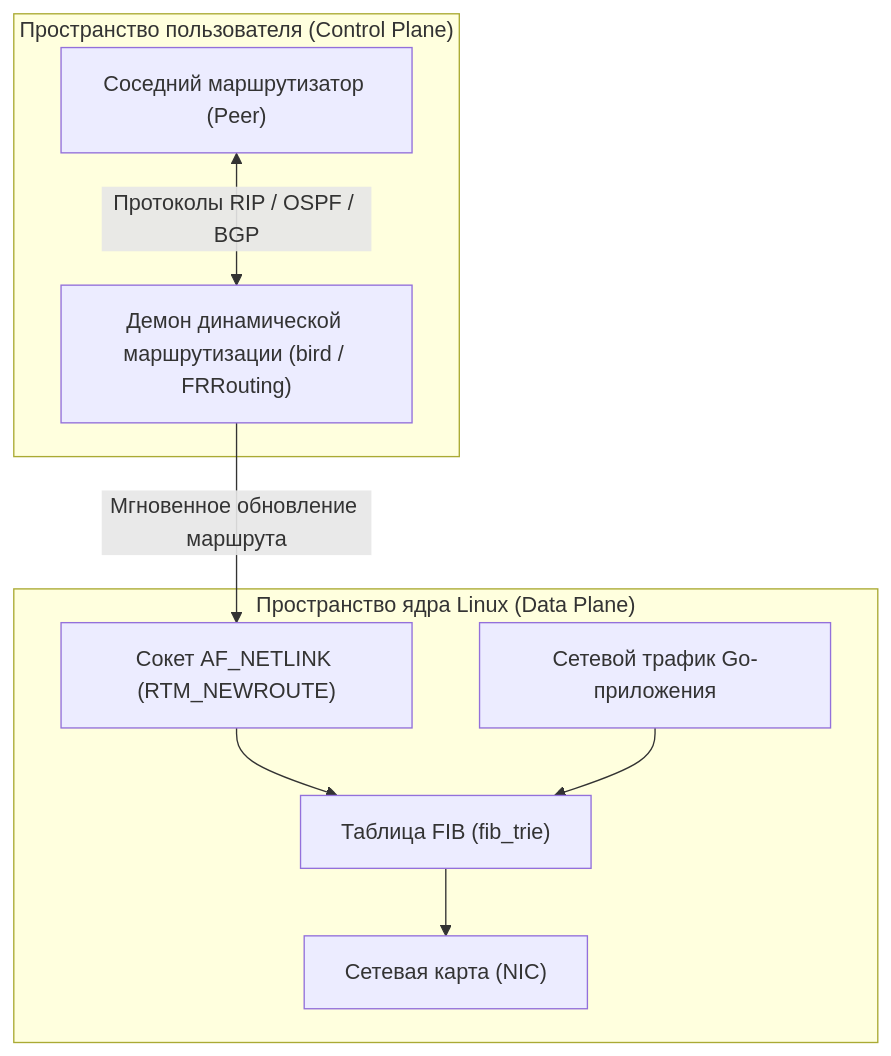
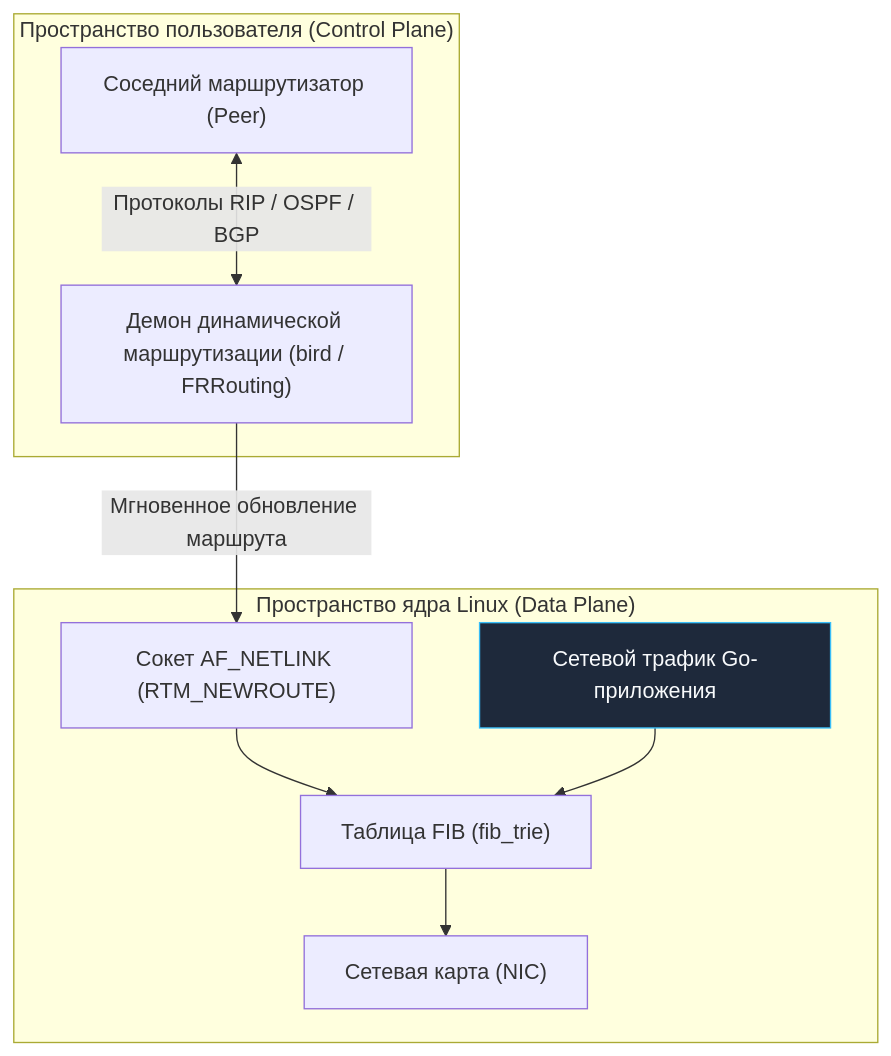
Before and after one commit to UnrealTemplier/go-textbook: the second of 7 diagrams in sources/3. Компьютерные сети и сетевой стек/7. Статическая и динамическая маршрутизация. RIP, OSPF, BGP.md, drawn with Mermaid. The commit also changed other lines of this file and 1666 other files, not shown here.

First line of the commit message:
feat(mermaid): add semantic color classDef to 1369 colorless flowchart/graph diagrams

````diff
--- a/sources/3. Компьютерные сети и сетевой стек/7. Статическая и динамическая маршрутизация. RIP, OSPF, BGP.md
+++ b/sources/3. Компьютерные сети и сетевой стек/7. Статическая и динамическая маршрутизация. RIP, OSPF, BGP.md
@@ -62,20 +72,30 @@
 ```mermaid
 flowchart TD
+    classDef process  fill:#1e293b,stroke:#38bdf8,stroke-width:1px,color:#f8fafc
+    classDef success  fill:#064e3b,stroke:#34d399,stroke-width:1px,color:#f8fafc
+    classDef error    fill:#7f1d1d,stroke:#f87171,stroke-width:1px,color:#f8fafc
+    classDef warning  fill:#78350f,stroke:#fbbf24,stroke-width:1px,color:#f8fafc
+    classDef entry    fill:#1e3a5f,stroke:#38bdf8,stroke-width:2px,color:#f8fafc
+    classDef aux      fill:#334155,stroke:#64748b,stroke-width:1px,color:#f8fafc
+    classDef system   fill:#312e81,stroke:#a78bfa,stroke-width:1px,color:#f8fafc
+    classDef data     fill:#132d29,stroke:#2dd4bf,stroke-width:1px,color:#f8fafc
+    classDef network  fill:#881337,stroke:#fb7185,stroke-width:1px,color:#f8fafc
+    classDef accent   fill:#1e1b4b,stroke:#818cf8,stroke-width:1px,color:#f8fafc
     subgraph Userspace ["Пространство пользователя (Control Plane)"]
         RoutingDaemon["Демон динамической маршрутизации (bird / FRRouting)"]
         NeighborRouter["Соседний маршрутизатор (Peer)"]
         NeighborRouter <-->|Протоколы RIP / OSPF / BGP| RoutingDaemon
     end
 
     subgraph KernelSpace ["Пространство ядра Linux (Data Plane)"]
         Netlink["Сокет AF_NETLINK (RTM_NEWROUTE)"]
         FIB["Таблица FIB (fib_trie)"]
-        Traffic["Сетевой трафик Go-приложения"]
+        Traffic["Сетевой трафик Go-приложения"]:::process
         NIC["Сетевая карта (NIC)"]
         
         RoutingDaemon -->|Мгновенное обновление маршрута| Netlink
         Netlink --> FIB
         Traffic --> FIB
         FIB --> NIC
     end
 ```
````
